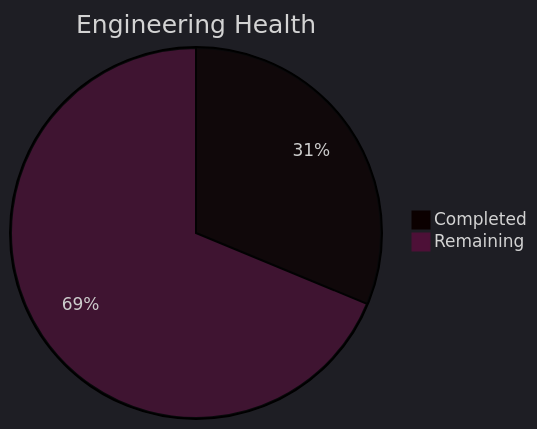
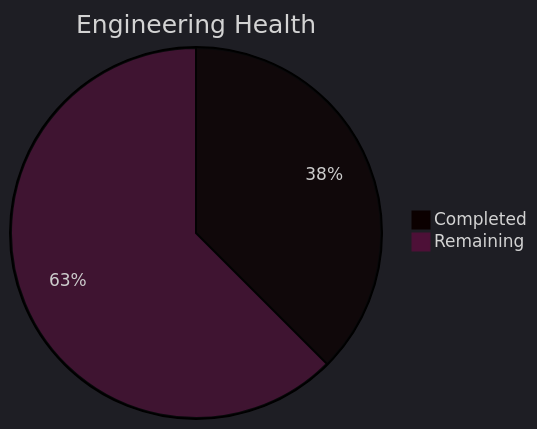
The third of 5 diagrams in tools/SK8Lytz_Bucket_List.md (Neogleamz/SK8Lytz), drawn with Mermaid before and after one commit. The commit also changed other lines of this file and 9 other files, not shown here.

Commit message:
chore(docs): add domain-architecture-audit to critical bucket list

````diff
--- a/tools/SK8Lytz_Bucket_List.md
+++ b/tools/SK8Lytz_Bucket_List.md
@@ -38,6 +40,6 @@
 ```mermaid
 %%{init: {'theme': 'dark'}}%%
 pie title Engineering Health
-  "Completed" : 5
-  "Remaining" : 11
+  "Completed" : 6
+  "Remaining" : 10
 ```
````
